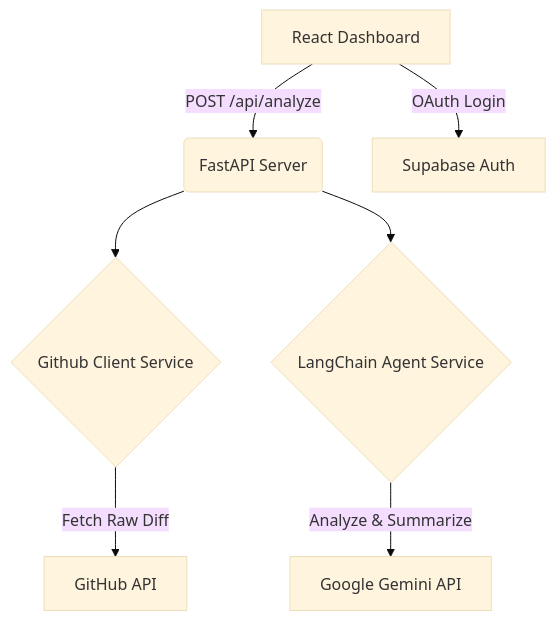
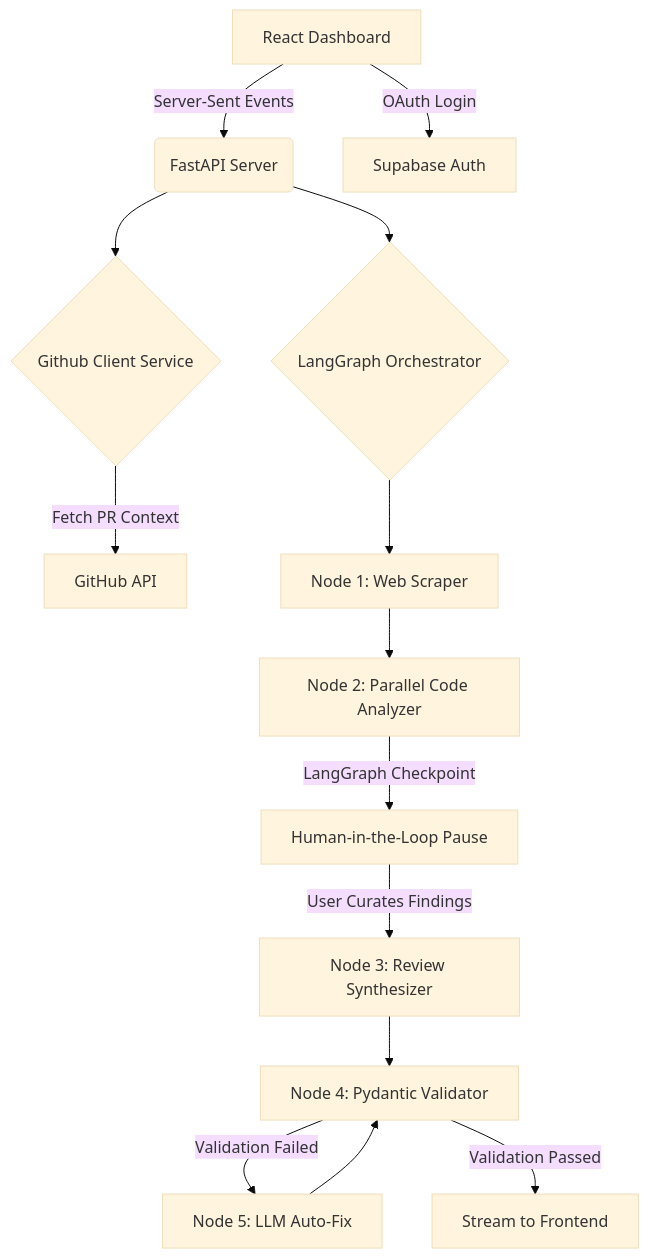
The diagram in README.md (koushik0211/Nexus-Review), drawn with Mermaid (base theme) before and after one commit. The commit also changed other lines of this file and 22 other files, not shown here.

Commit message:
Added Lang graph, human in the loop features and some major features and upgraded UI

````diff
--- a/README.md
+++ b/README.md
@@ -18,9 +23,21 @@
 ```mermaid
 graph TD;
-    A[React Dashboard] -->|POST /api/analyze| B(FastAPI Server)
+    A[React Dashboard] -->|Server-Sent Events| B(FastAPI Server)
     A -->|OAuth Login| S[Supabase Auth]
     B --> C{Github Client Service}
-    C -->|Fetch Raw Diff| D[GitHub API]
-    B --> E{LangChain Agent Service}
-    E -->|Analyze & Summarize| F[Google Gemini API]
+    C -->|Fetch PR Context| D[GitHub API]
+    B --> E{LangGraph Orchestrator}
+    
+    E --> N1[Node 1: Web Scraper]
+    N1 --> N2[Node 2: Parallel Code Analyzer]
+    
+    N2 -->|LangGraph Checkpoint| HITL[Human-in-the-Loop Pause]
+    HITL -->|User Curates Findings| N3[Node 3: Review Synthesizer]
+    
+    N3 --> N4[Node 4: Pydantic Validator]
+    
+    N4 -->|Validation Failed| N5[Node 5: LLM Auto-Fix]
+    N5 --> N4
+    
+    N4 -->|Validation Passed| END[Stream to Frontend]
 ```
````
